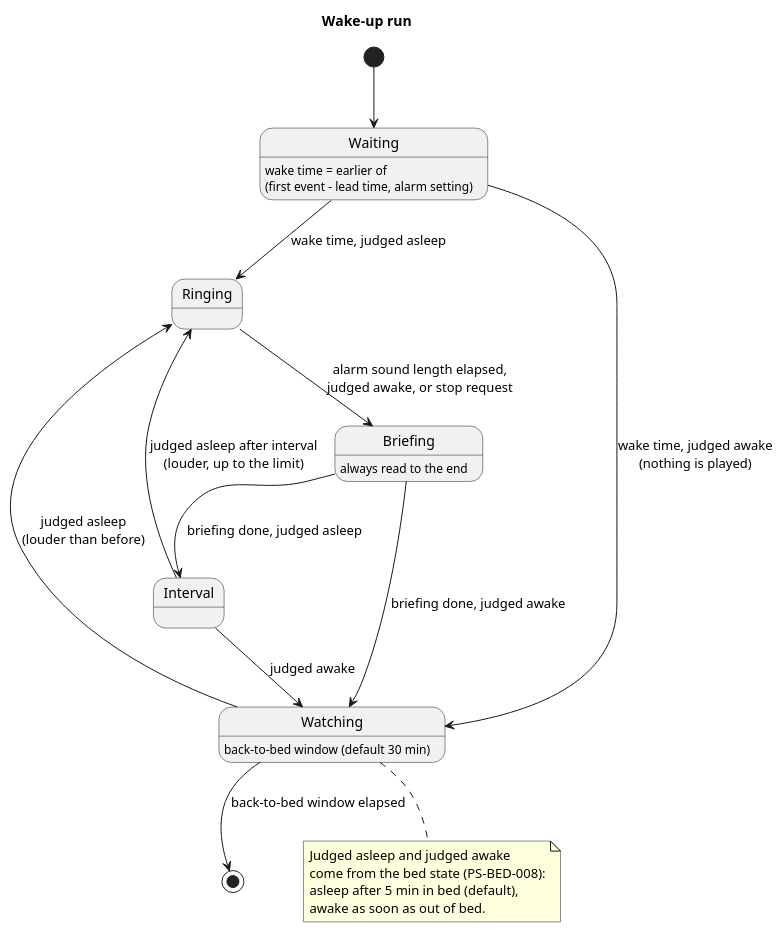
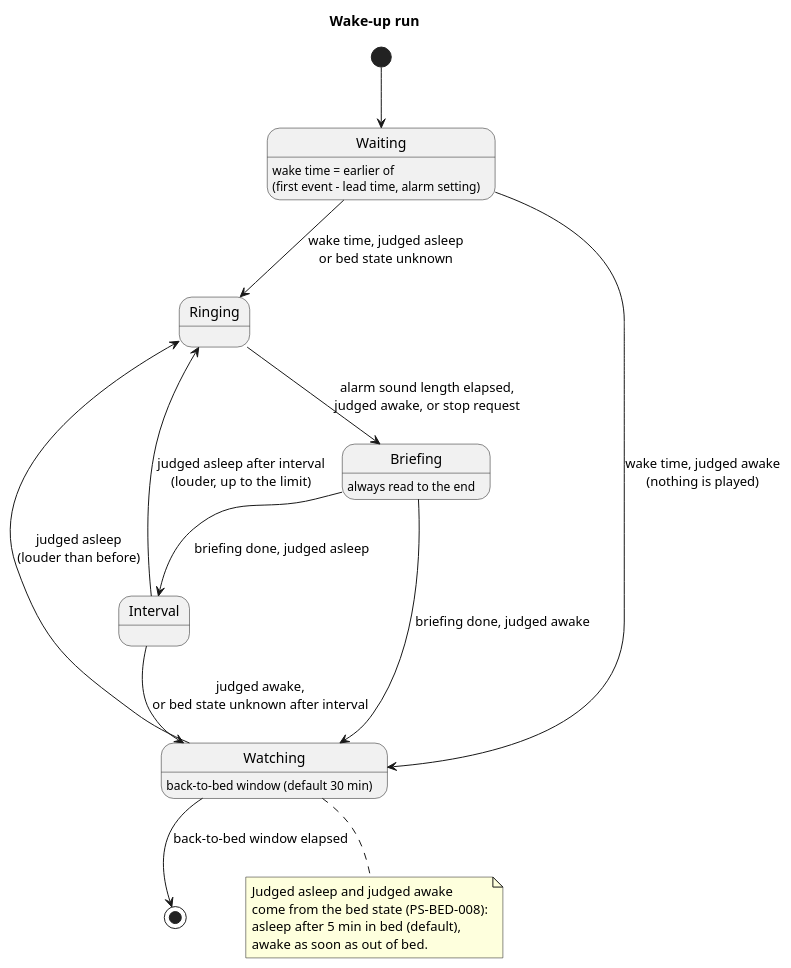
Before and after one commit to cloveclovedev/press-start: the diagram in docs/ja/requirements/alarm/overview.puml, drawn with PlantUML. The commit also changed 4 other files, not shown here.

First line of the commit message:
docs(requirements): treat an unknown bed state as its own judgment and do not snooze on it

```diff
--- a/docs/ja/requirements/alarm/overview.puml
+++ b/docs/ja/requirements/alarm/overview.puml
@@ -1,25 +1,25 @@
 @startuml overview
 title Wake-up run
 skinparam shadowing false
 
 [*] --> Waiting
 Waiting : wake time = earlier of\n(first event - lead time, alarm setting)
-Waiting --> Ringing : wake time, judged asleep
+Waiting --> Ringing : wake time, judged asleep\nor bed state unknown
 Waiting --> Watching : wake time, judged awake\n(nothing is played)
 Ringing --> Briefing : alarm sound length elapsed,\njudged awake, or stop request
 Briefing : always read to the end
 Briefing --> Interval : briefing done, judged asleep
 Briefing --> Watching : briefing done, judged awake
 Interval --> Ringing : judged asleep after interval\n(louder, up to the limit)
-Interval --> Watching : judged awake
+Interval --> Watching : judged awake,\nor bed state unknown after interval
 Watching : back-to-bed window (default 30 min)
 Watching --> Ringing : judged asleep\n(louder than before)
 Watching --> [*] : back-to-bed window elapsed
 
 note bottom of Watching
   Judged asleep and judged awake
   come from the bed state (PS-BED-008):
   asleep after 5 min in bed (default),
   awake as soon as out of bed.
 end note
 @enduml
```
